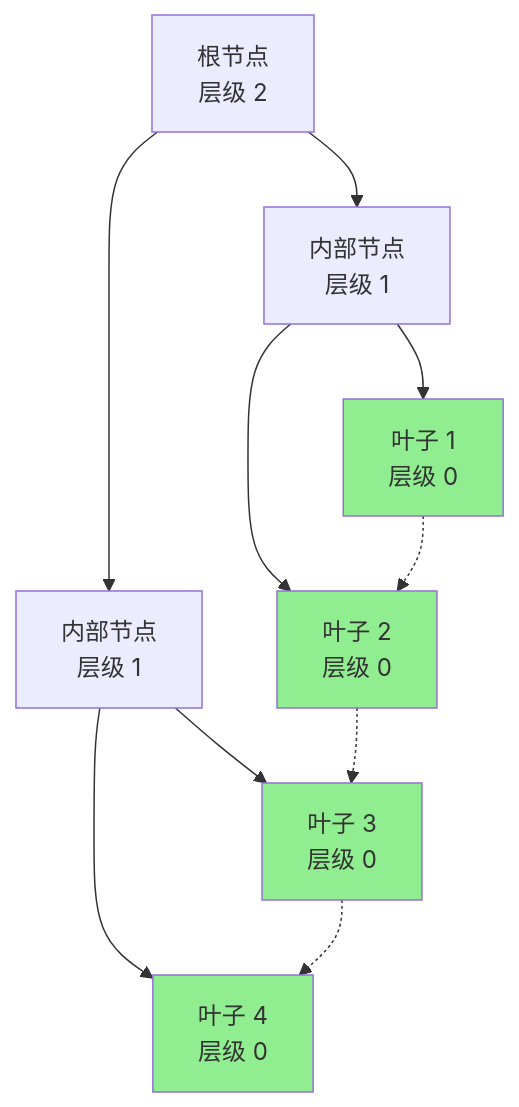
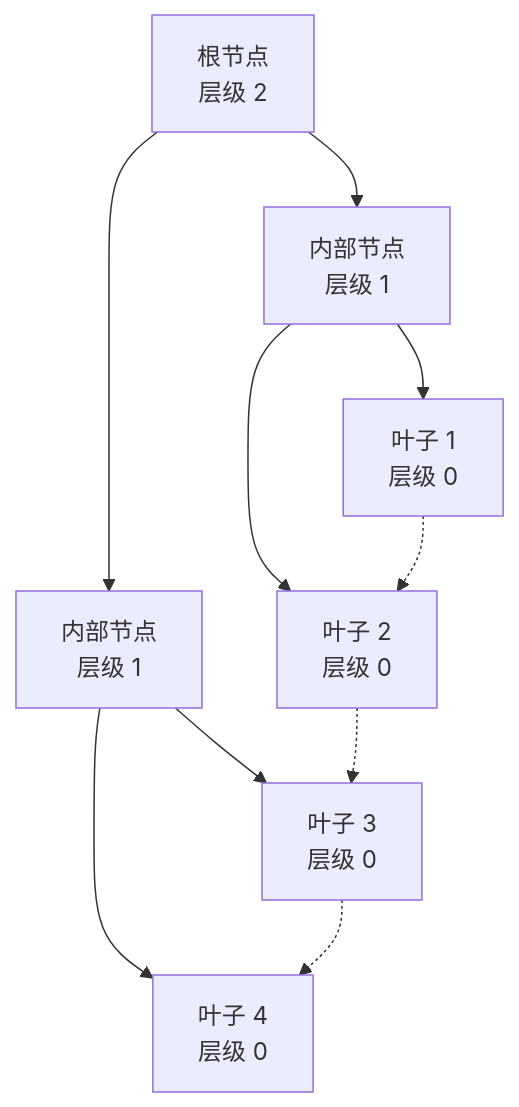
One commit to nexepic/zyx changed the second of 7 diagrams in docs/zh/algorithms/btree-indexing.md. Above: the diagram before and after it, drawn with Mermaid. The commit also changed other lines of this file and 13 other files, not shown here.

First line of the commit message:
fix: remove ASCII art and colorful diagrams from algorithm docs

````diff
--- a/docs/zh/algorithms/btree-indexing.md
+++ b/docs/zh/algorithms/btree-indexing.md
@@ -52,18 +52,13 @@
 ```mermaid
 graph TD
     A[根节点<br/>层级 2] --> B[内部节点<br/>层级 1]
     A --> C[内部节点<br/>层级 1]
     B --> D[叶子 1<br/>层级 0]
     B --> E[叶子 2<br/>层级 0]
     C --> F[叶子 3<br/>层级 0]
     C --> G[叶子 4<br/>层级 0]
 
     D -.-> E
     E -.-> F
     F -.-> G
-
-    style D fill:#90EE90
-    style E fill:#90EE90
-    style F fill:#90EE90
-    style G fill:#90EE90
 ```
````
